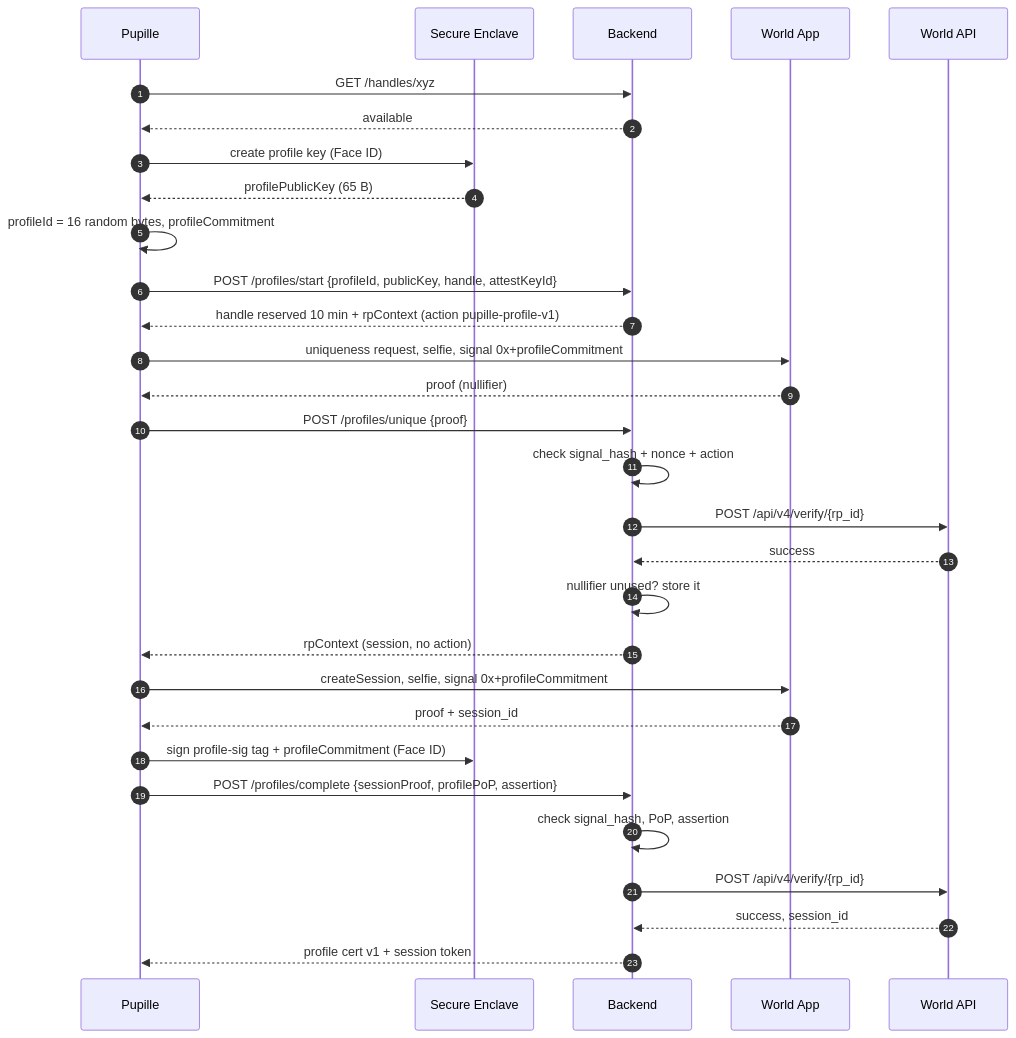
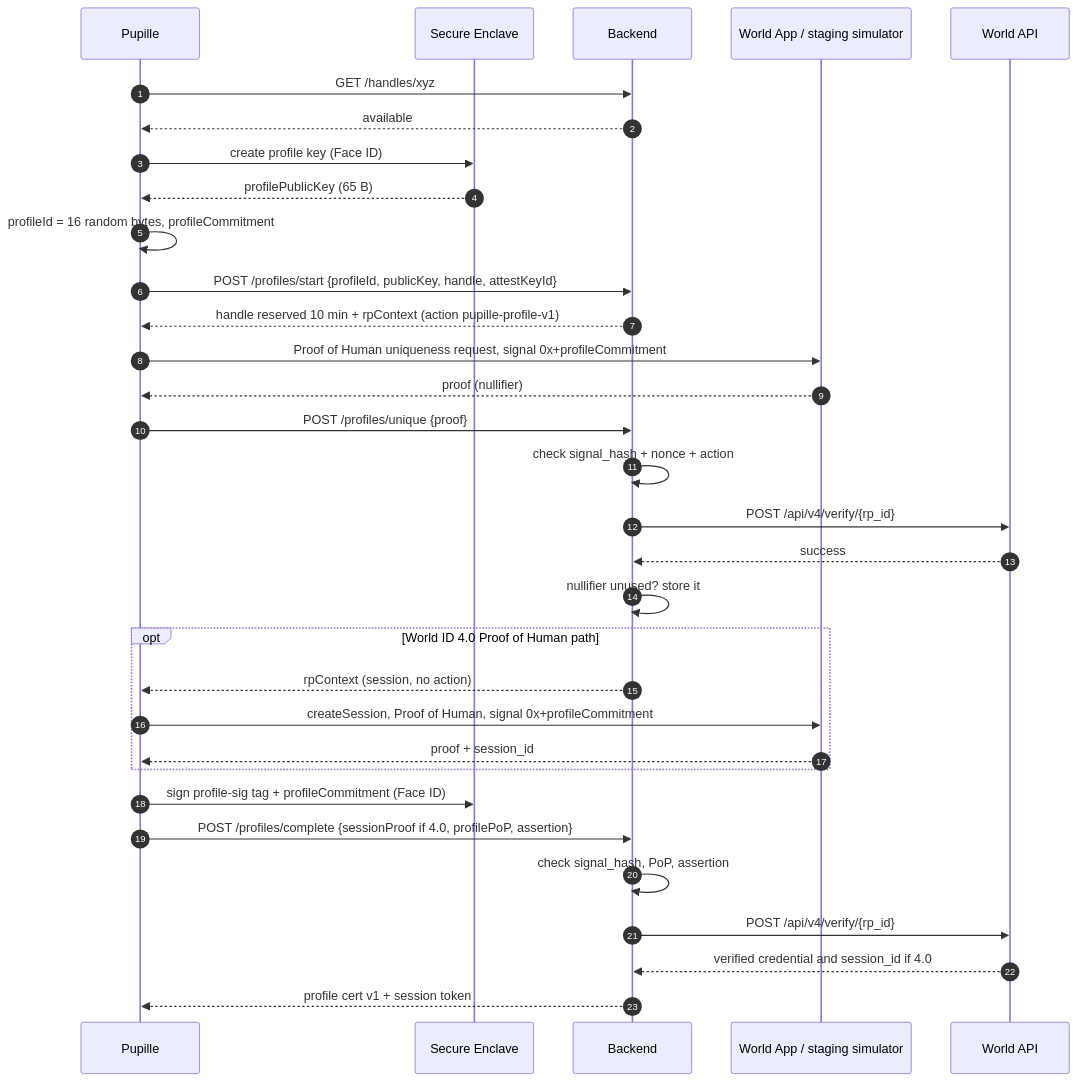
The second of 4 diagrams in docs/ARCHITECTURE.md (seyl3/pupille), drawn with Mermaid before and after one commit. The commit also changed other lines of this file, not shown here.

Commit message:
feat: define Orb-backed Proof of Human architecture

````diff
--- a/docs/ARCHITECTURE.md
+++ b/docs/ARCHITECTURE.md
@@ -240,33 +243,35 @@
 ```mermaid
 sequenceDiagram
   autonumber
   participant App as Pupille
   participant SE as Secure Enclave
   participant BE as Backend
-  participant WA as World App
+  participant WA as World App / staging simulator
   participant W as World API
   App->>BE: GET /handles/xyz
   BE-->>App: available
   App->>SE: create profile key (Face ID)
   SE-->>App: profilePublicKey (65 B)
   App->>App: profileId = 16 random bytes, profileCommitment
   App->>BE: POST /profiles/start {profileId, publicKey, handle, attestKeyId}
   BE-->>App: handle reserved 10 min + rpContext (action pupille-profile-v1)
-  App->>WA: uniqueness request, selfie, signal 0x+profileCommitment
+  App->>WA: Proof of Human uniqueness request, signal 0x+profileCommitment
   WA-->>App: proof (nullifier)
   App->>BE: POST /profiles/unique {proof}
   BE->>BE: check signal_hash + nonce + action
   BE->>W: POST /api/v4/verify/{rp_id}
   W-->>BE: success
   BE->>BE: nullifier unused? store it
-  BE-->>App: rpContext (session, no action)
-  App->>WA: createSession, selfie, signal 0x+profileCommitment
-  WA-->>App: proof + session_id
+  opt World ID 4.0 Proof of Human path
+    BE-->>App: rpContext (session, no action)
+    App->>WA: createSession, Proof of Human, signal 0x+profileCommitment
+    WA-->>App: proof + session_id
+  end
   App->>SE: sign profile-sig tag + profileCommitment (Face ID)
-  App->>BE: POST /profiles/complete {sessionProof, profilePoP, assertion}
+  App->>BE: POST /profiles/complete {sessionProof if 4.0, profilePoP, assertion}
   BE->>BE: check signal_hash, PoP, assertion
   BE->>W: POST /api/v4/verify/{rp_id}
-  W-->>BE: success, session_id
+  W-->>BE: verified credential and session_id if 4.0
   BE-->>App: profile cert v1 + session token
   
 ```
````
